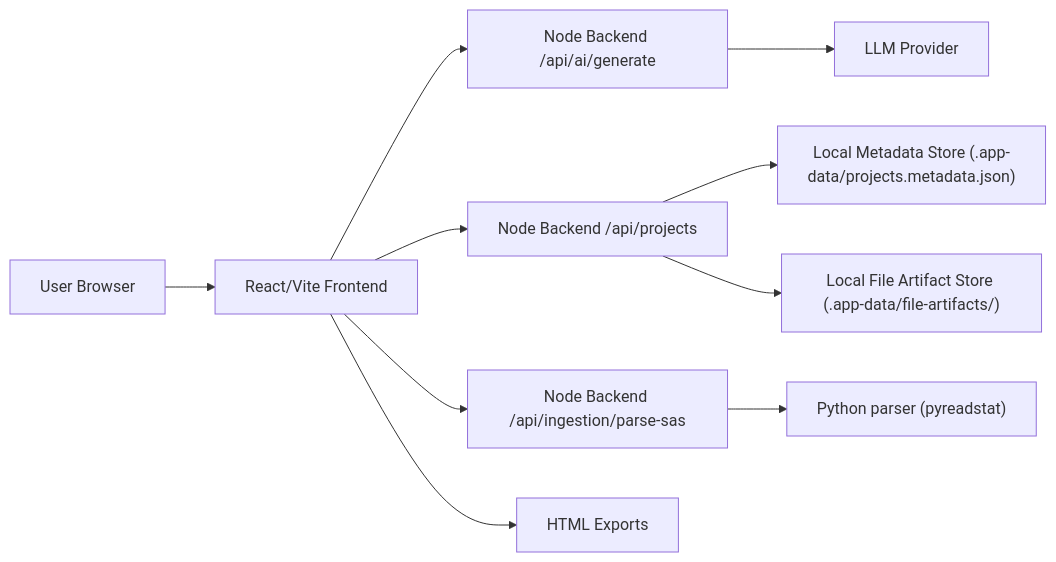
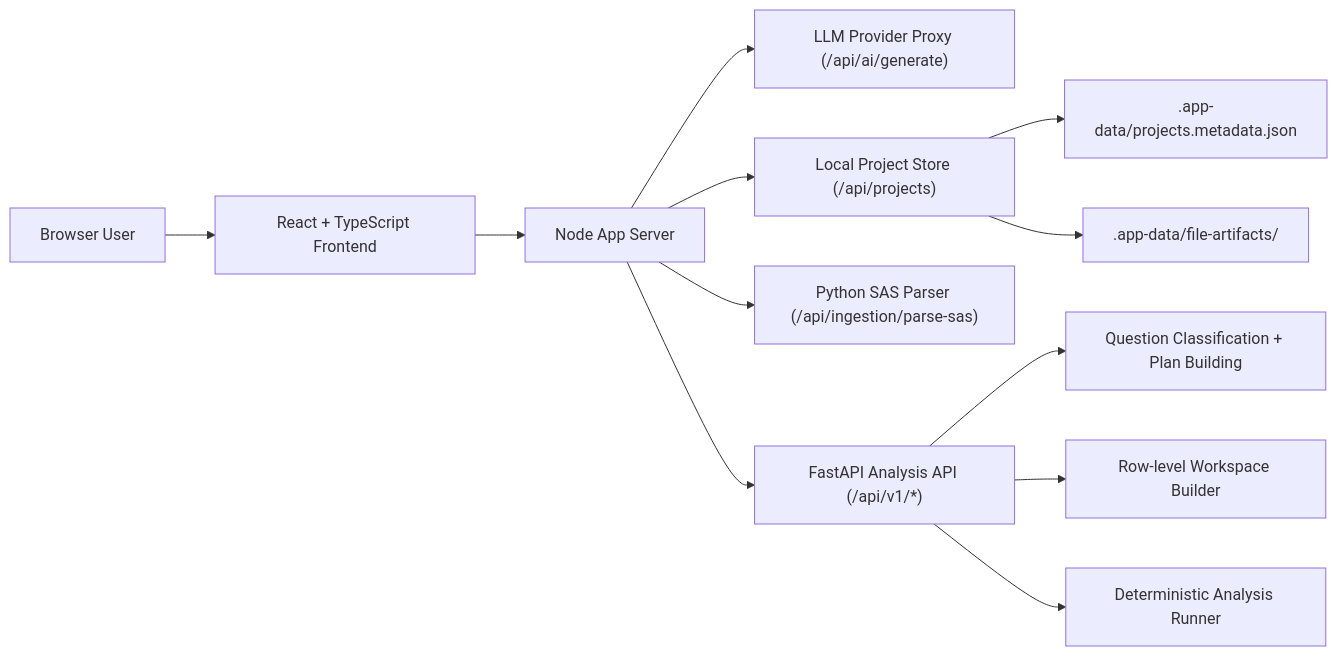
One commit to mnikor/Study-Data-analysis changed the first of 2 diagrams in README.md. Above: the diagram before and after it, drawn with Mermaid. The commit also changed other lines of this file, not shown here.

Commit message:
Expand README architecture documentation

````diff
--- a/README.md
+++ b/README.md
@@ -31,12 +52,16 @@
 ```mermaid
 flowchart LR
-    U["User Browser"] --> FE["React/Vite Frontend"]
-    FE --> API["Node Backend /api/ai/generate"]
-    FE --> PAPI["Node Backend /api/projects"]
-    FE --> SAPI["Node Backend /api/ingestion/parse-sas"]
-    API --> LLM["LLM Provider"]
-    PAPI --> META["Local Metadata Store (.app-data/projects.metadata.json)"]
-    PAPI --> ART["Local File Artifact Store (.app-data/file-artifacts/)"]
-    SAPI --> PY["Python parser (pyreadstat)"]
-    FE --> EXP["HTML Exports"]
+    U["Browser User"] --> FE["React + TypeScript Frontend"]
+    FE --> NODE["Node App Server"]
+    NODE --> AI["LLM Provider Proxy (/api/ai/generate)"]
+    NODE --> STORE["Local Project Store (/api/projects)"]
+    NODE --> SAS["Python SAS Parser (/api/ingestion/parse-sas)"]
+    NODE --> FASTAPI["FastAPI Analysis API (/api/v1/*)"]
+
+    FASTAPI --> PLAN["Question Classification + Plan Building"]
+    FASTAPI --> WS["Row-level Workspace Builder"]
+    FASTAPI --> RUN["Deterministic Analysis Runner"]
+
+    STORE --> META[".app-data/projects.metadata.json"]
+    STORE --> ART[".app-data/file-artifacts/"]
 ```
````
